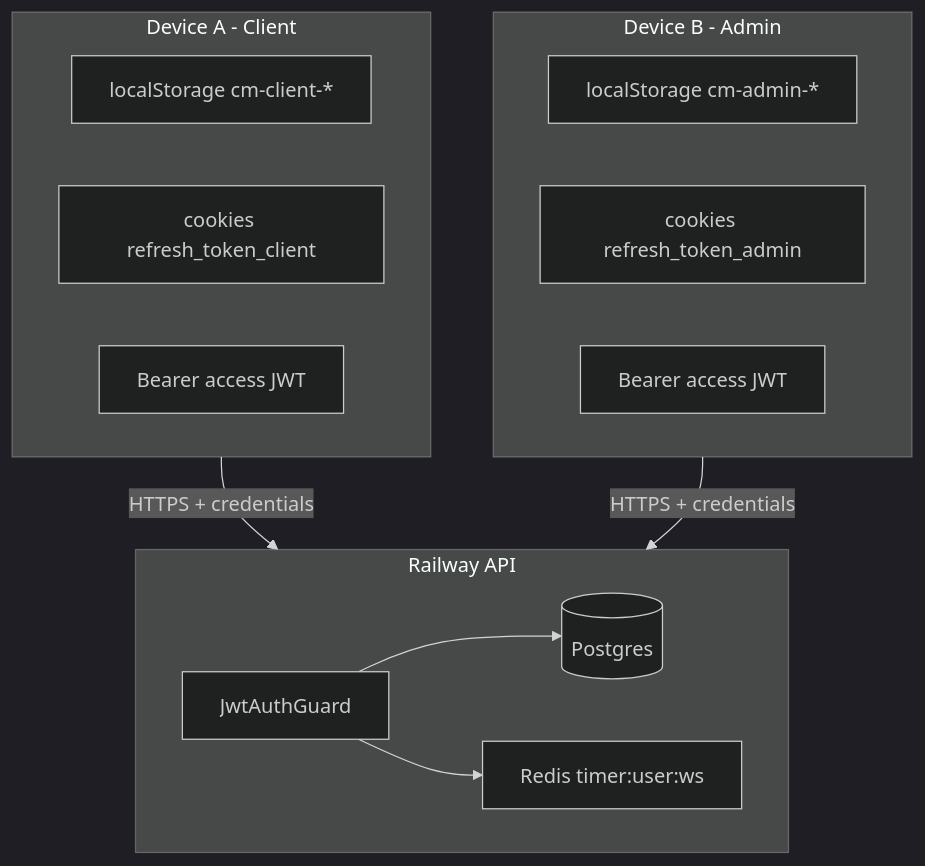
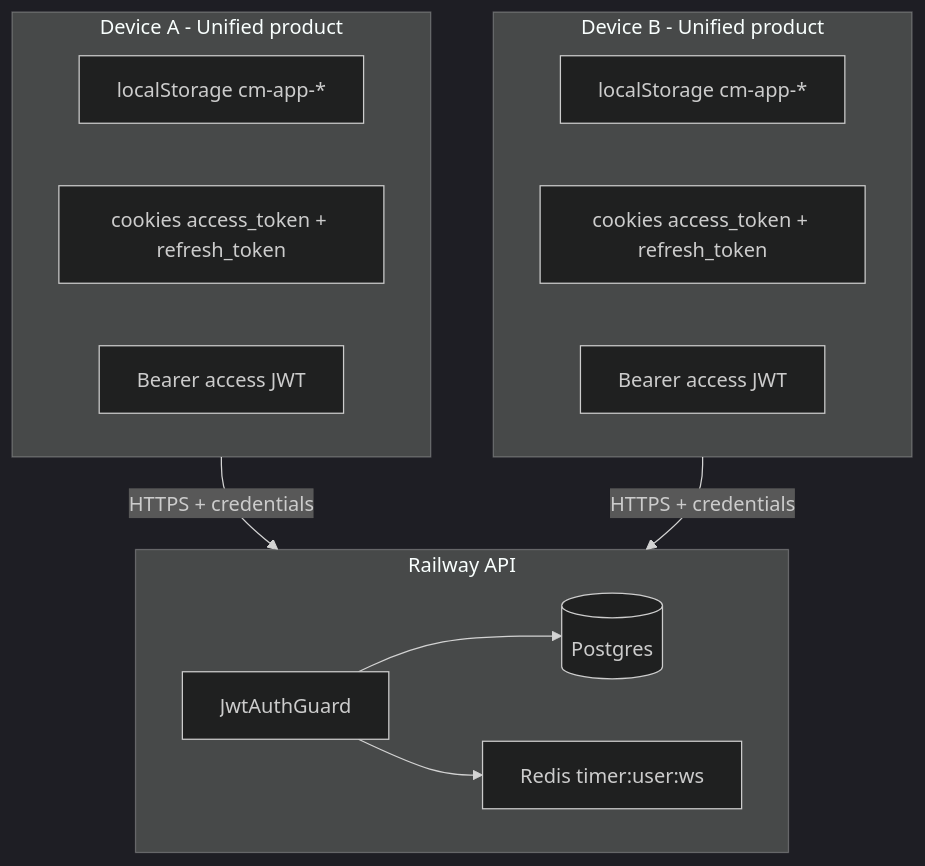
The diagram in docs/architecture/MULTI_DEVICE_SESSIONS.md (SCITAIGROUP1/ChronoMint), drawn with Mermaid (dark theme) before and after one commit. The commit also changed other lines of this file and 959 other files, not shown here.

First line of the commit message:
feat: unify product app and harden tenant access

````diff
--- a/docs/architecture/MULTI_DEVICE_SESSIONS.md
+++ b/docs/architecture/MULTI_DEVICE_SESSIONS.md
@@ -22,25 +25,25 @@
 ```mermaid
 flowchart TB
-  subgraph deviceA [Device A - Client]
-    LA[localStorage cm-client-*]
-    CA[cookies refresh_token_client]
+  subgraph deviceA [Device A - Unified product]
+    LA[localStorage cm-app-*]
+    CA[cookies access_token + refresh_token]
     TA[Bearer access JWT]
   end
 
-  subgraph deviceB [Device B - Admin]
-    LB[localStorage cm-admin-*]
-    CB[cookies refresh_token_admin]
+  subgraph deviceB [Device B - Unified product]
+    LB[localStorage cm-app-*]
+    CB[cookies access_token + refresh_token]
     TB[Bearer access JWT]
   end
 
   subgraph api [Railway API]
     G[JwtAuthGuard]
     R[Redis timer:user:ws]
     DB[(Postgres)]
   end
 
   deviceA -->|HTTPS + credentials| api
   deviceB -->|HTTPS + credentials| api
   G --> DB
   G --> R
 ```
````
